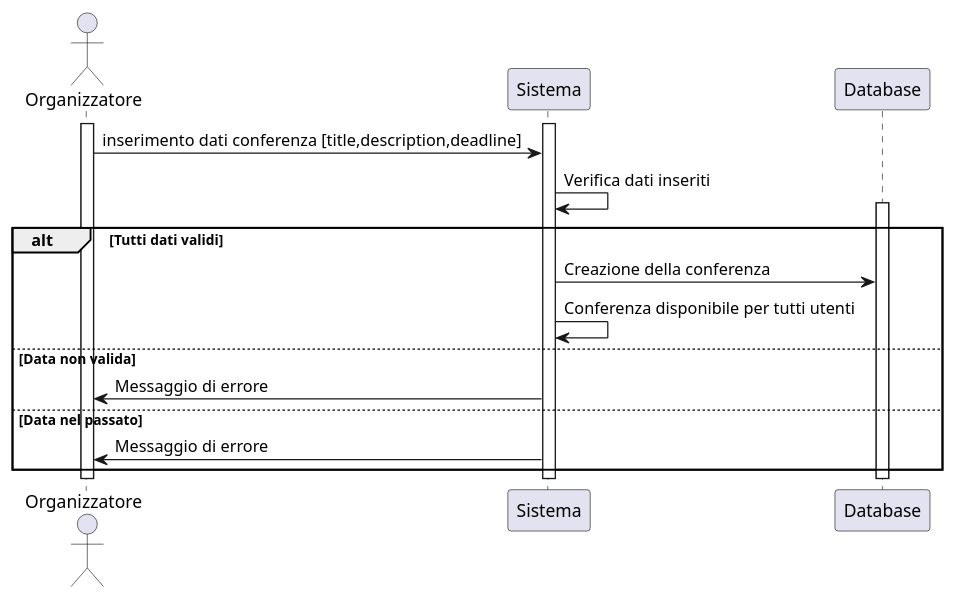
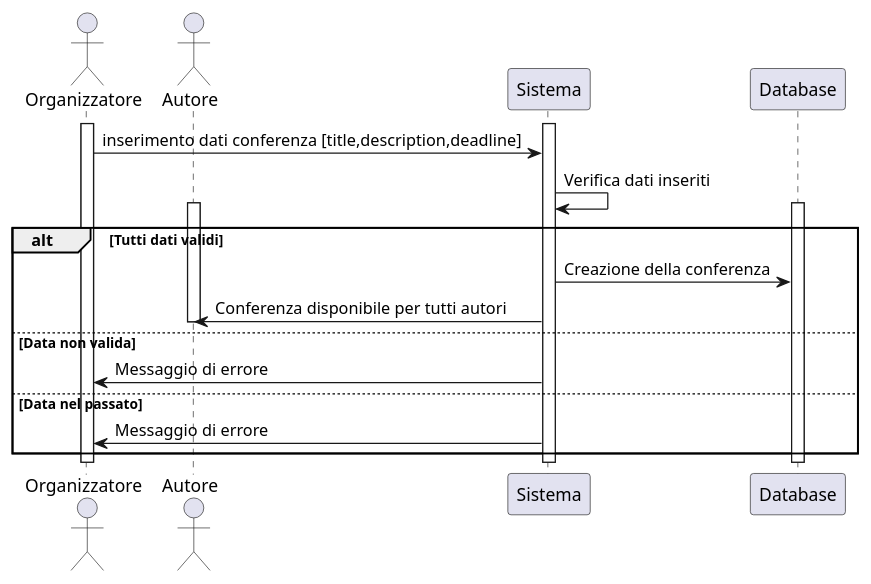
Before and after one commit to Air4x/Progetto_ISW: the diagram in VisualParadigm/diagramma_sequenza_conferenza_V2.puml, drawn with PlantUML.

Commit message:
Corretto diagramma_sequenza_conferenza_V2.puml

```diff
--- a/VisualParadigm/diagramma_sequenza_conferenza_V2.puml
+++ b/VisualParadigm/diagramma_sequenza_conferenza_V2.puml
@@ -1,22 +1,25 @@
 @startuml
 actor Organizzatore as or
+actor Autore as at
 participant "Sistema" as ui
 participant "Database" as db
 
 activate or
 activate ui
 or->ui: inserimento dati conferenza [title,description,deadline]
 ui->ui: Verifica dati inseriti
 alt Tutti dati validi
 activate db
+activate at
     ui->db: Creazione della conferenza
-    ui->ui: Conferenza disponibile per tutti utenti
+    ui->at: Conferenza disponibile per tutti autori
+deactivate at
 else Data non valida
     ui->or: Messaggio di errore
 else Data nel passato
     ui->or: Messaggio di errore
 end
 deactivate ui
 deactivate or
 deactivate db
 @enduml
```
